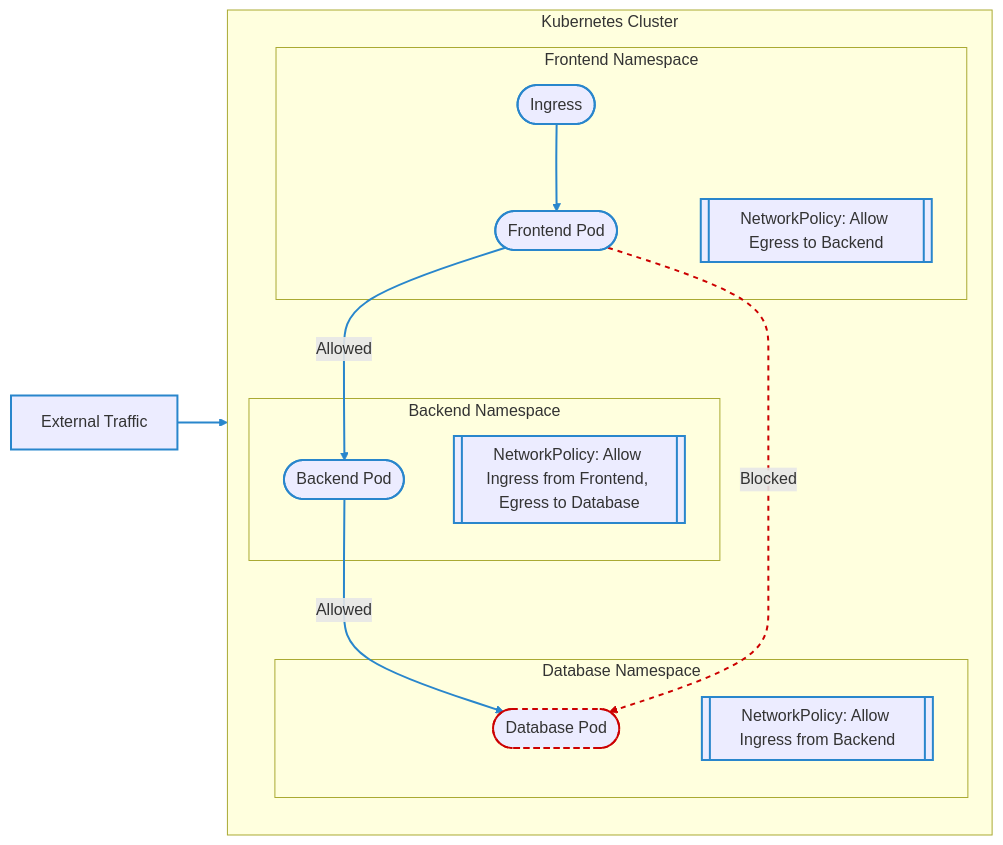
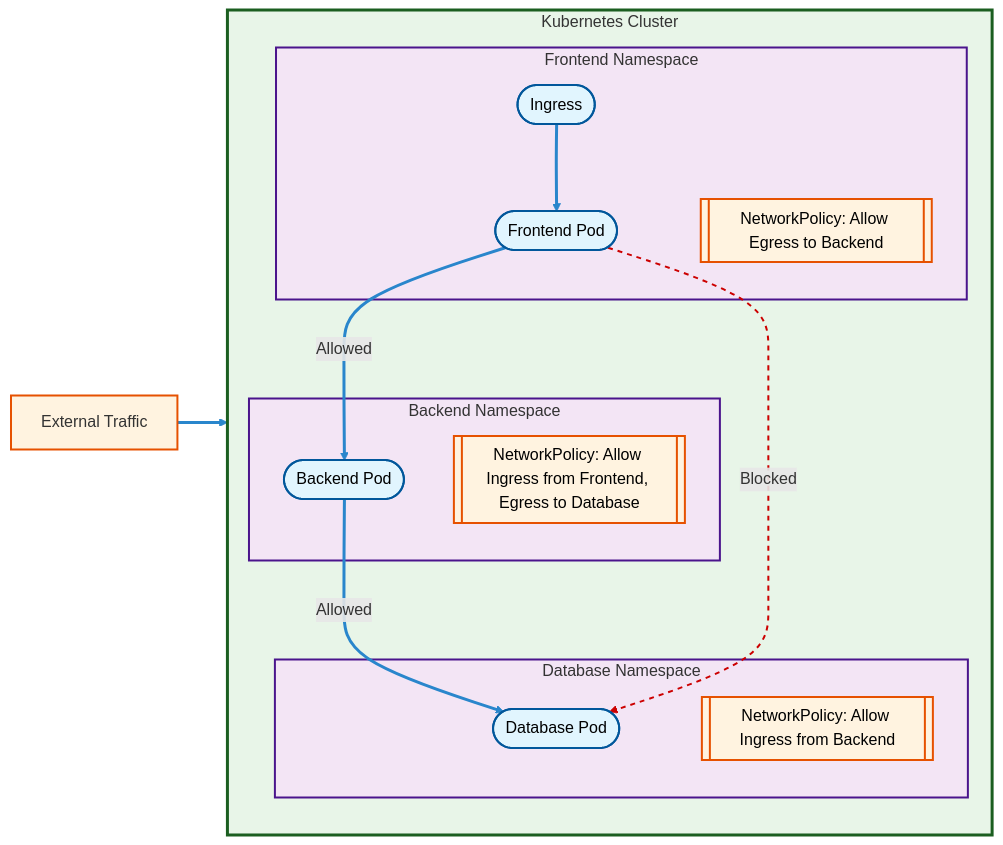
One commit to hrittikhere/diagrams changed the first of 2 diagrams in network-segmentation.md. Above: the diagram before and after it, drawn with Mermaid. The commit also changed other lines of this file, not shown here.

````diff
--- a/network-segmentation.md
+++ b/network-segmentation.md
@@ -3,40 +3,51 @@
 ```mermaid
-graph LR
+flowchart LR
   subgraph cluster[Kubernetes Cluster]
     direction TB
     subgraph frontend-ns[Frontend Namespace]
-      frontend-pod([Frontend Pod]):::allowed
-      frontend-pol[[NetworkPolicy: Allow Egress to Backend]]:::allowed
-      ingress([Ingress]):::allowed
+      frontend-pod([Frontend Pod])
+      frontend-pol[[NetworkPolicy: Allow Egress to Backend]]
+      ingress([Ingress])
     end
 
     subgraph backend-ns[Backend Namespace]
-      backend-pod([Backend Pod]):::allowed
-      backend-pol[[NetworkPolicy: Allow Ingress from Frontend, Egress to Database]]:::allowed
+      backend-pod([Backend Pod])
+      backend-pol[[NetworkPolicy: Allow Ingress from Frontend, Egress to Database]]
     end
 
     subgraph database-ns[Database Namespace]
-      database-pod([Database Pod]):::allowed
-      database-pol[[NetworkPolicy: Allow Ingress from Backend]]:::allowed
+      database-pod([Database Pod])
+      database-pol[[NetworkPolicy: Allow Ingress from Backend]]
     end
   end
 
-  internet[External Traffic]:::allowed --> ingress
+  internet[External Traffic] --> ingress
   ingress --> frontend-pod
-  frontend-pod --> |Allowed| backend-pod:::allowed
-  backend-pod --> |Allowed| database-pod:::allowed
-  frontend-pod -.-> |Blocked| database-pod:::blocked
+  frontend-pod --> |Allowed| backend-pod
+  backend-pod --> |Allowed| database-pod
+  frontend-pod -.-> |Blocked| database-pod
 
-  classDef allowed stroke:#2986cc,stroke-width:2px;
-  classDef blocked stroke:#cc0000,stroke-dasharray:5 5,stroke-width:2px;
+  %% Styling matching the VM diagram color schema
+  classDef podBox fill:#e1f5fe,stroke:#01579b,stroke-width:2px,color:#000;
+  classDef policyBox fill:#fff3e0,stroke:#e65100,stroke-width:2px,color:#000;
+  classDef namespaceBox fill:#f3e5f5,stroke:#4a148c,stroke-width:2px;
+  classDef clusterBox fill:#e8f5e8,stroke:#1b5e20,stroke-width:3px;
+  classDef external fill:#fff3e0,stroke:#e65100,stroke-width:2px;
   
-  %% Explicit traffic coloring
-  linkStyle 0 stroke:#2986cc,stroke-width:2px;
-  linkStyle 1 stroke:#2986cc,stroke-width:2px;
-  linkStyle 2 stroke:#2986cc,stroke-width:2px;
-  linkStyle 3 stroke:#2986cc,stroke-width:2px;
+  class frontend-pod,backend-pod,database-pod,ingress podBox;
+  class frontend-pol,backend-pol,database-pol policyBox;
+  class frontend-ns,backend-ns,database-ns namespaceBox;
+  class cluster clusterBox;
+  class internet external;
+  
+  %% Link styling for traffic flows
+  linkStyle 0 stroke:#2986cc,stroke-width:3px;
+  linkStyle 1 stroke:#2986cc,stroke-width:3px;
+  linkStyle 2 stroke:#2986cc,stroke-width:3px;
+  linkStyle 3 stroke:#2986cc,stroke-width:3px;
   linkStyle 4 stroke:#cc0000,stroke-width:2px,stroke-dasharray:5 5;
 
 
 
+
 ```
````
